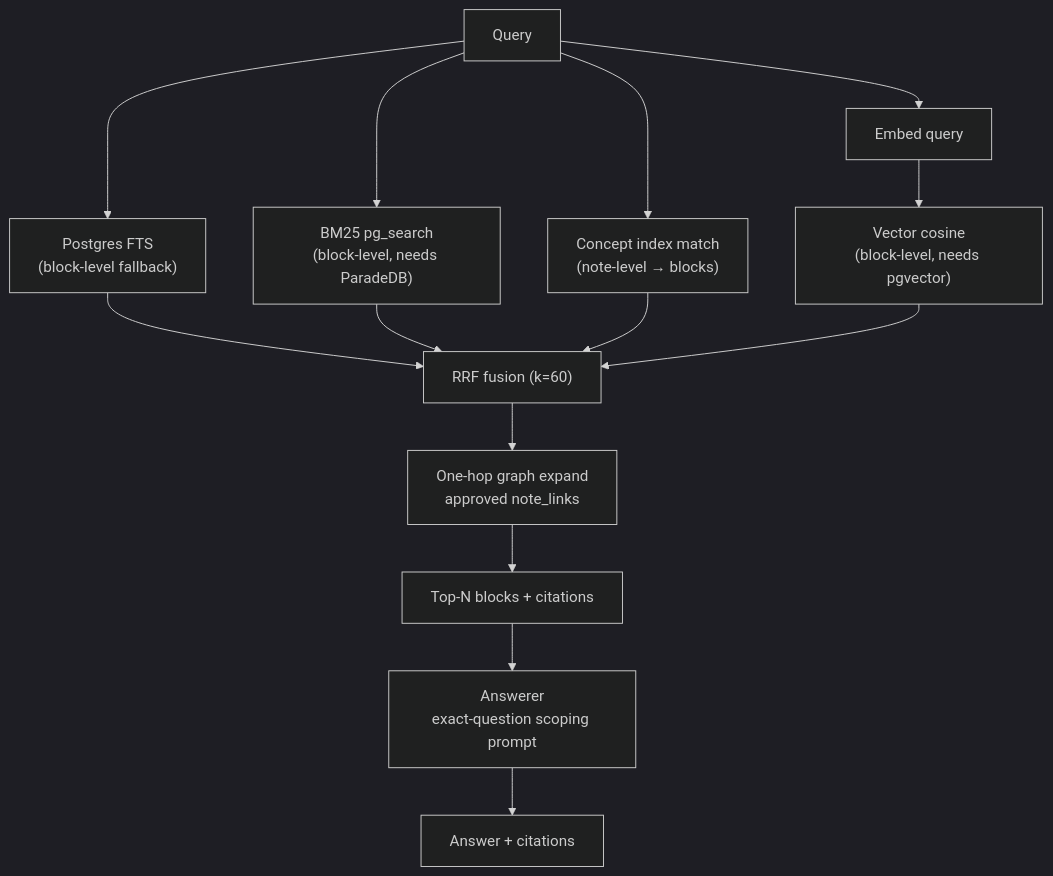
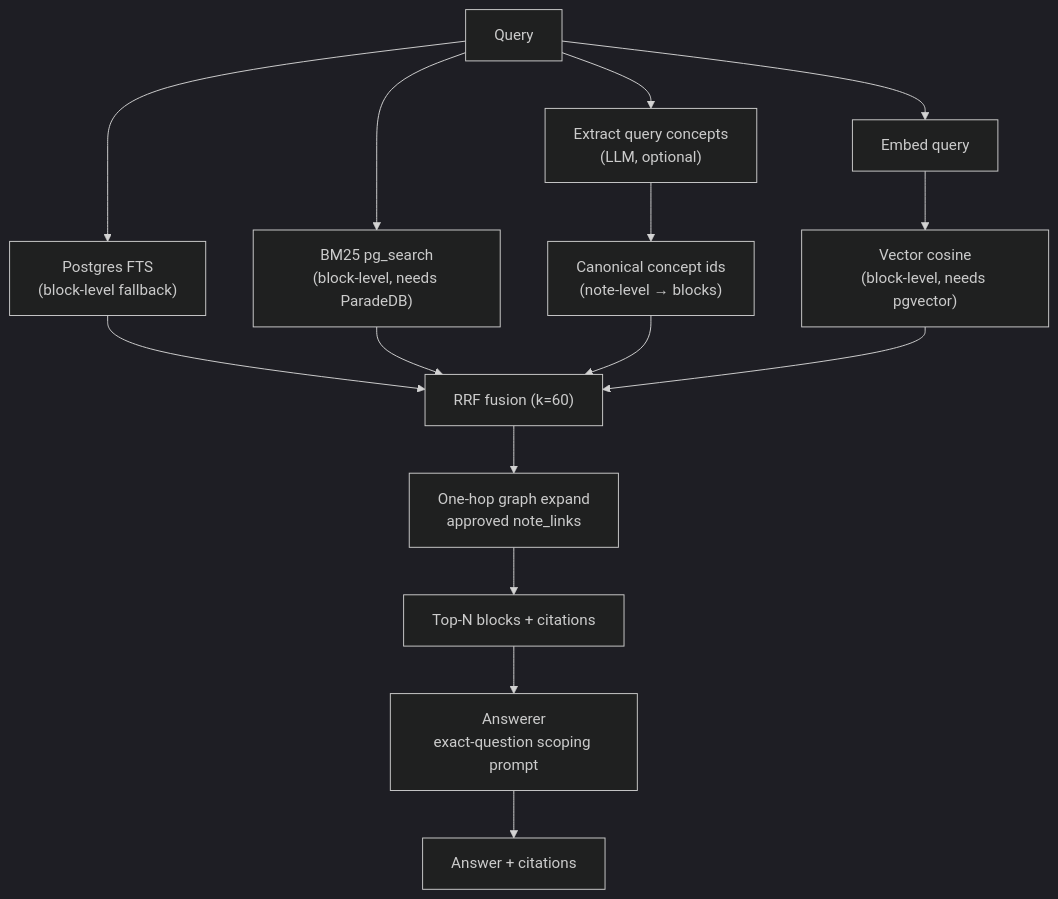
The second of 2 diagrams in README.md (jhowliu/knowledge-compiler), drawn with Mermaid (dark theme) before and after one commit. The commit also changed other lines of this file and 18 other files, not shown here.

Commit message:
Resolve query concepts for retrieval

````diff
--- a/README.md
+++ b/README.md
@@ -158,16 +158,17 @@
 ```mermaid
 flowchart TD
   Q["Query"] --> FTS["Postgres FTS<br/>(block-level fallback)"]
   Q --> BM25["BM25 pg_search<br/>(block-level, needs ParadeDB)"]
-  Q --> CON["Concept index match<br/>(note-level → blocks)"]
+  Q --> QCON["Extract query concepts<br/>(LLM, optional)"]
+  QCON --> CON["Canonical concept ids<br/>(note-level → blocks)"]
   Q --> E["Embed query"]
   E --> VEC["Vector cosine<br/>(block-level, needs pgvector)"]
   FTS --> RRF["RRF fusion (k=60)"]
   BM25 --> RRF
   CON --> RRF
   VEC --> RRF
   RRF --> HOP["One-hop graph expand<br/>approved note_links"]
   HOP --> TOP["Top-N blocks + citations"]
   TOP --> ANS["Answerer<br/>exact-question scoping prompt"]
   ANS --> OUT["Answer + citations"]
 ```
````
